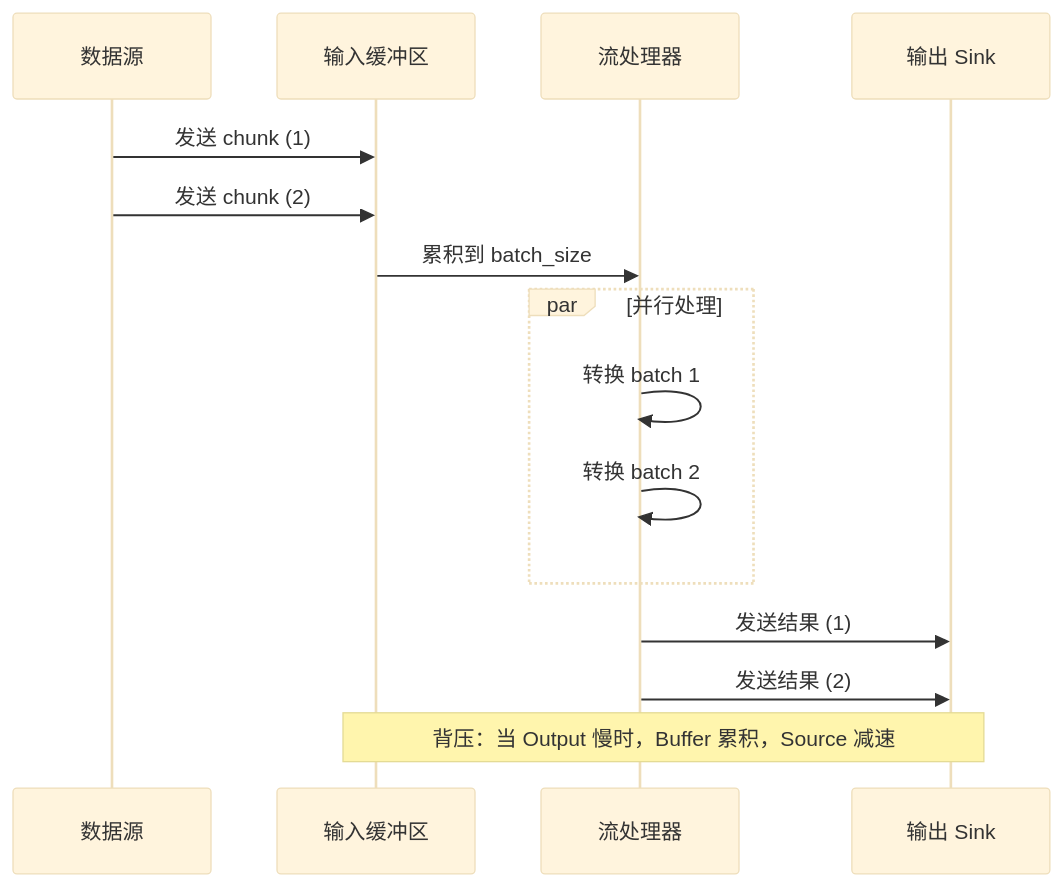
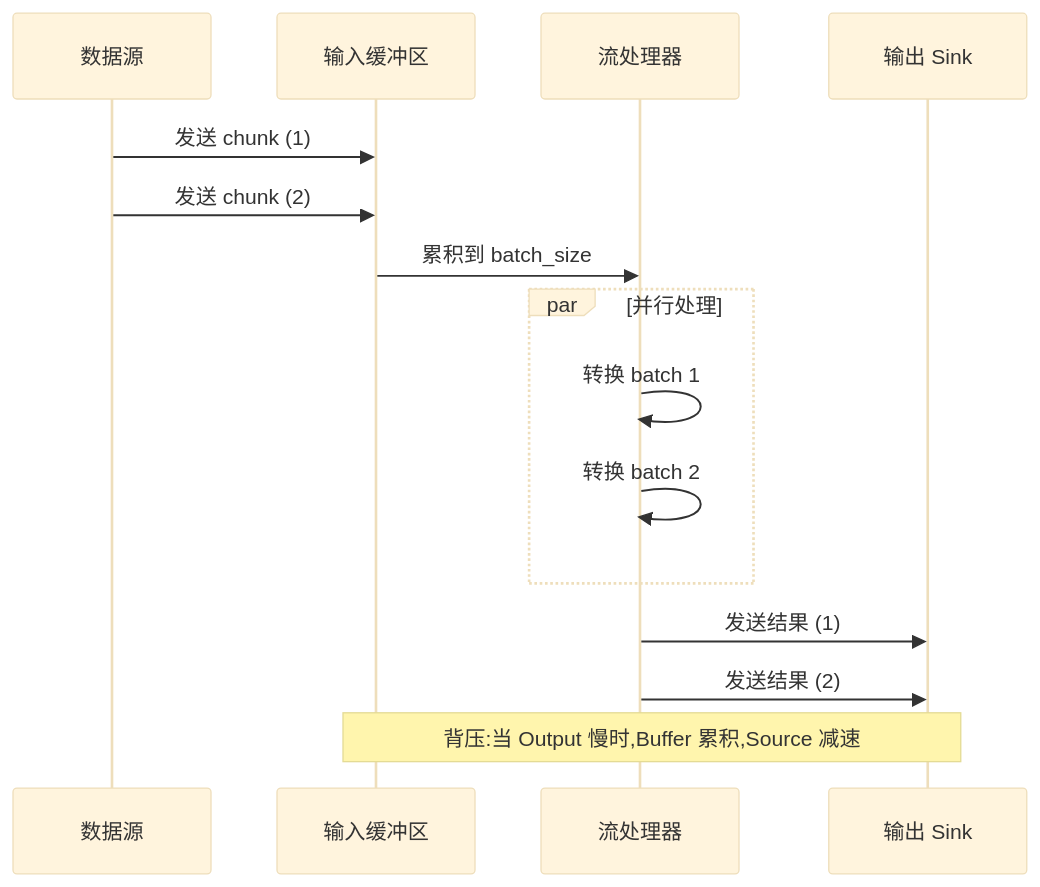
The second of 4 diagrams in Flink/07-rust-native/wasi-0.3-async/02-async-streaming-patterns.md (AdaMartin18010/AnalysisDataFlow), drawn with Mermaid (base theme) before and after one commit. The commit also changed other lines of this file and 634 other files, not shown here.

````diff
--- a/Flink/07-rust-native/wasi-0.3-async/02-async-streaming-patterns.md
+++ b/Flink/07-rust-native/wasi-0.3-async/02-async-streaming-patterns.md
@@ -1046,22 +1047,22 @@
 ```mermaid
 sequenceDiagram
     participant Source as 数据源
     participant Buffer as 输入缓冲区
     participant Processor as 流处理器
     participant Output as 输出 Sink
 
     Source->>Buffer: 发送 chunk (1)
     Source->>Buffer: 发送 chunk (2)
 
     Buffer->>Processor: 累积到 batch_size
 
     par 并行处理
         Processor->>Processor: 转换 batch 1
         Processor->>Processor: 转换 batch 2
     end
 
     Processor->>Output: 发送结果 (1)
     Processor->>Output: 发送结果 (2)
 
-    Note over Buffer,Output: 背压：当 Output 慢时，Buffer 累积，Source 减速
+    Note over Buffer,Output: 背压:当 Output 慢时,Buffer 累积,Source 减速
 ```
````
